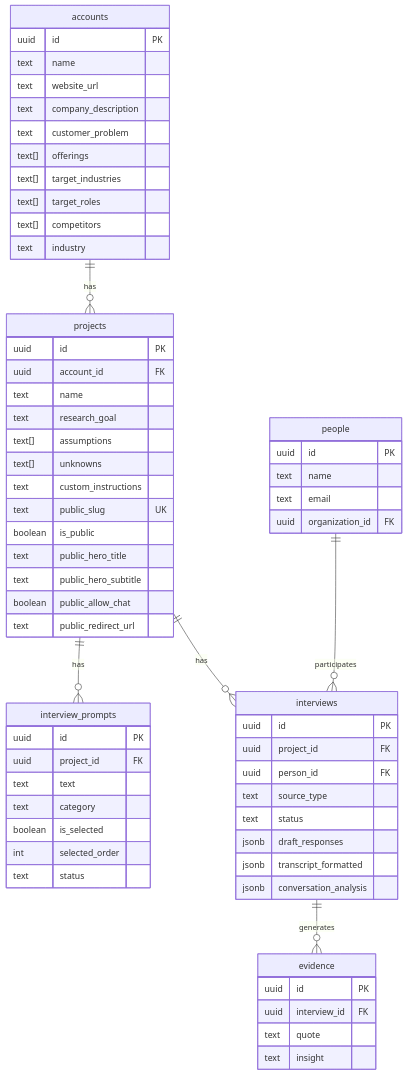
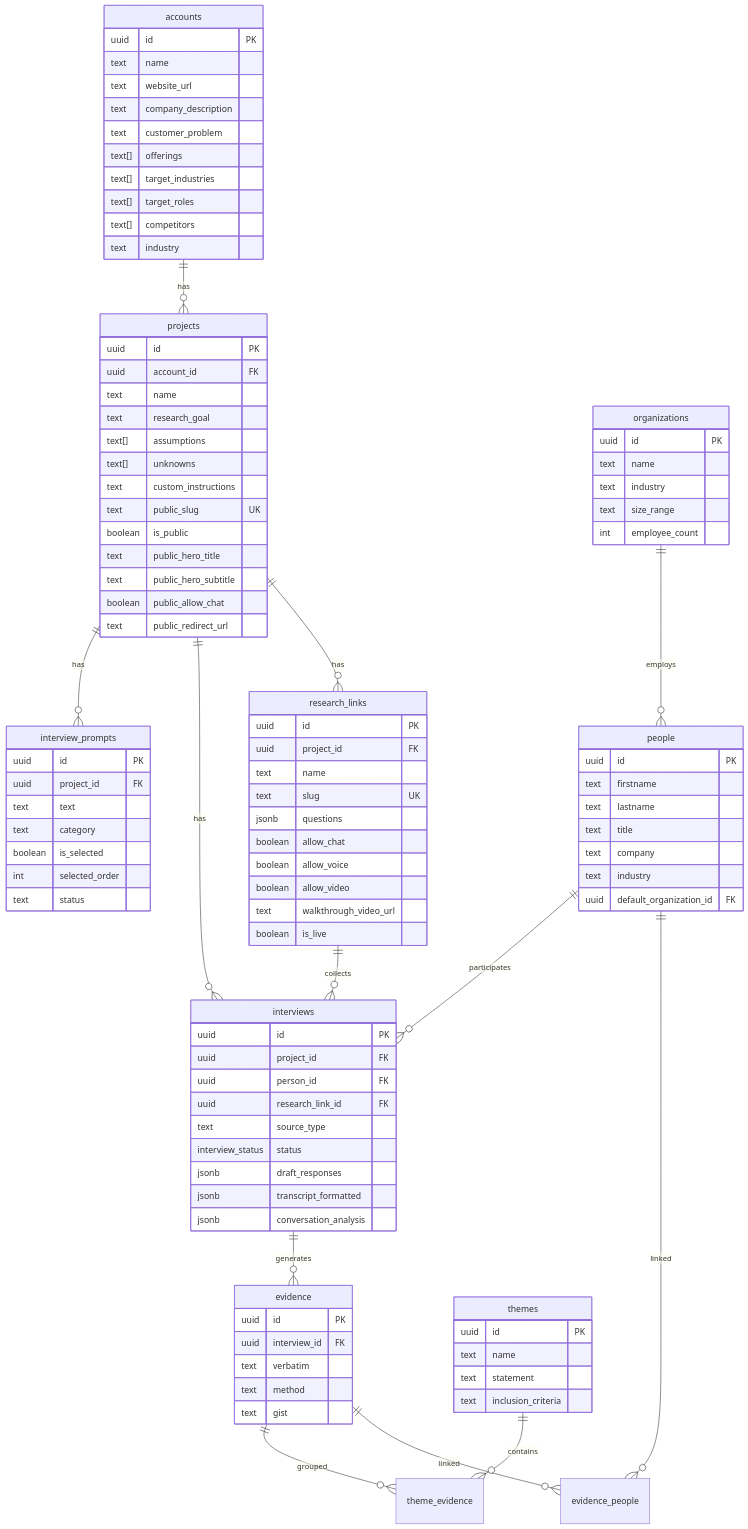
Before and after one commit to epic-hq/Insights: the second of 2 diagrams in docs/20-features-prds/features/unified-conversation-architecture.md, drawn with Mermaid. The commit also changed other lines of this file and 41 other files, not shown here.

First line of the commit message:
feat(ask): enhance responses with analytics, analysis, and unified architecture planning

````diff
--- a/docs/20-features-prds/features/unified-conversation-architecture.md
+++ b/docs/20-features-prds/features/unified-conversation-architecture.md
@@ -108,6 +149,7 @@
 
     projects ||--o{ interview_prompts : has
     projects ||--o{ interviews : has
+    projects ||--o{ research_links : has
     projects {
         uuid id PK
         uuid account_id FK
@@ -122,6 +164,20 @@
         text public_hero_subtitle
         boolean public_allow_chat
         text public_redirect_url
+    }
+
+    research_links ||--o{ interviews : collects
+    research_links {
+        uuid id PK
+        uuid project_id FK
+        text name
+        text slug UK
+        jsonb questions
+        boolean allow_chat
+        boolean allow_voice
+        boolean allow_video
+        text walkthrough_video_url
+        boolean is_live
     }
 
     interview_prompts {
@@ -139,25 +195,50 @@
         uuid id PK
         uuid project_id FK
         uuid person_id FK
+        uuid research_link_id FK
         text source_type
-        text status
+        interview_status status
         jsonb draft_responses
         jsonb transcript_formatted
         jsonb conversation_analysis
     }
 
     people ||--o{ interviews : participates
+    people ||--o{ evidence_people : linked
     people {
         uuid id PK
-        text name
-        text email
-        uuid organization_id FK
+        text firstname
+        text lastname
+        text title
+        text company
+        text industry
+        uuid default_organization_id FK
     }
 
+    organizations ||--o{ people : employs
+    organizations {
+        uuid id PK
+        text name
+        text industry
+        text size_range
+        int employee_count
+    }
+
+    evidence ||--o{ theme_evidence : grouped
+    evidence ||--o{ evidence_people : linked
     evidence {
         uuid id PK
         uuid interview_id FK
-        text quote
-        text insight
+        text verbatim
+        text method
+        text gist
+    }
+
+    themes ||--o{ theme_evidence : contains
+    themes {
+        uuid id PK
+        text name
+        text statement
+        text inclusion_criteria
     }
 ```
````
